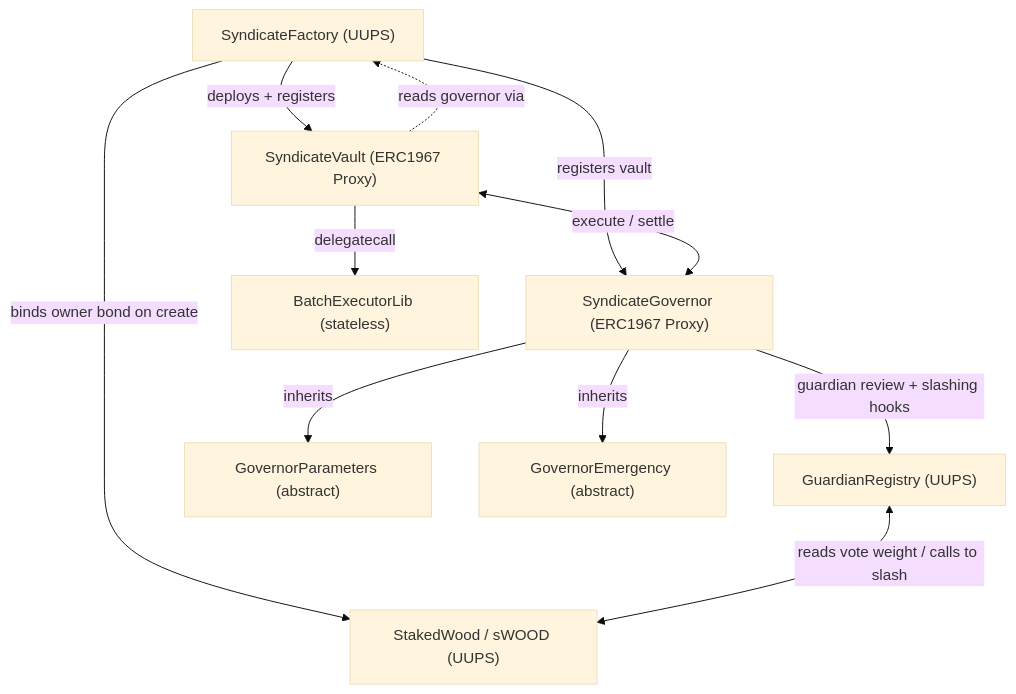
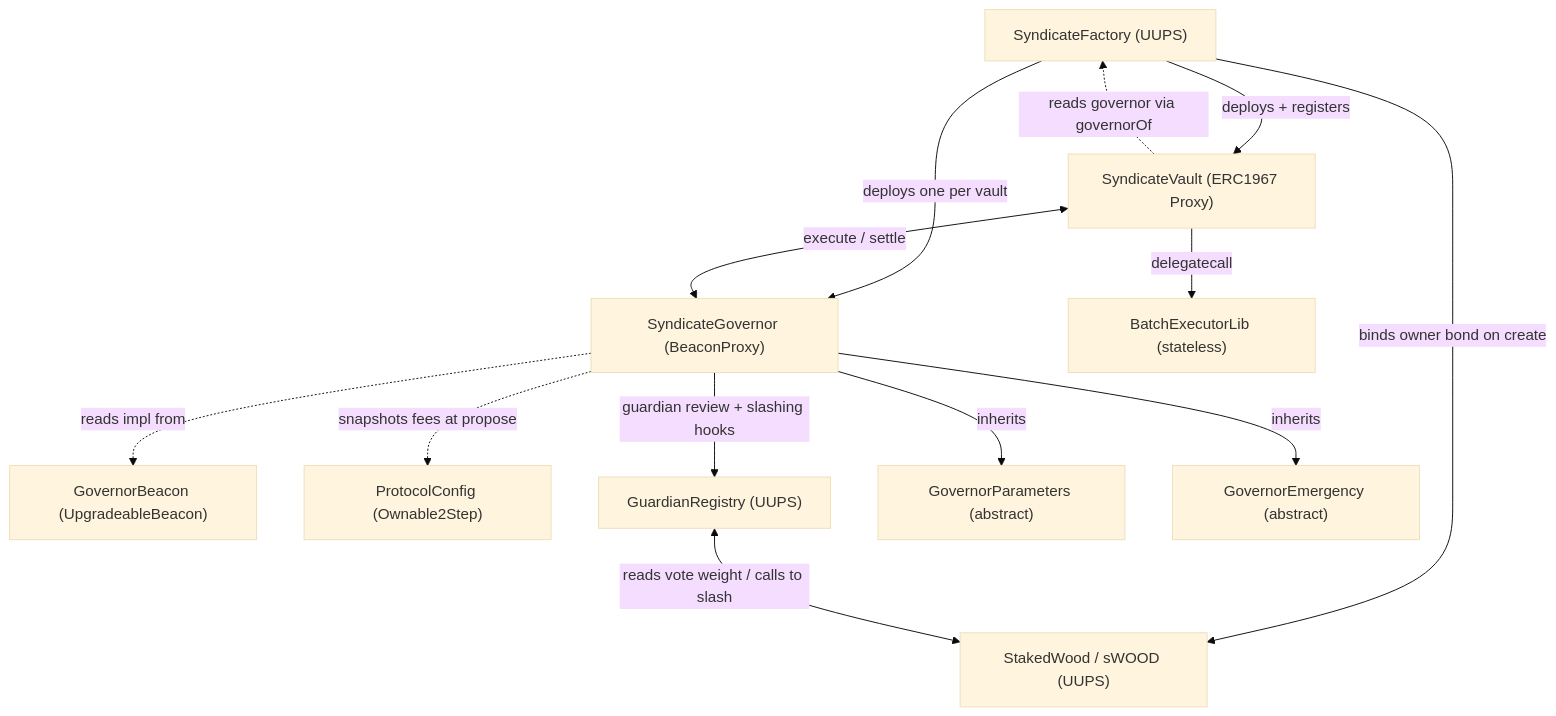
The diagram in protocol/architecture.mdx (sherwoodagent/mintlify-docs), drawn with Mermaid (base theme) before and after one commit. The commit also changed other lines of this file and 9 other files, not shown here.

First line of the commit message:
docs: sync to PR #421 per-vault governor architecture

````diff
--- a/protocol/architecture.mdx
+++ b/protocol/architecture.mdx
@@ -11,13 +11,15 @@
 ```mermaid
 graph TD
     F["SyndicateFactory (UUPS)"] -->|deploys + registers| V["SyndicateVault (ERC1967 Proxy)"]
-    F -->|registers vault| G["SyndicateGovernor (ERC1967 Proxy)"]
+    F -->|deploys one per vault| G["SyndicateGovernor (BeaconProxy)"]
     F -->|binds owner bond on create| SW["StakedWood / sWOOD (UUPS)"]
+    G -.->|reads impl from| GB["GovernorBeacon (UpgradeableBeacon)"]
+    G -.->|snapshots fees at propose| PC["ProtocolConfig (Ownable2Step)"]
     G -->|guardian review + slashing hooks| R["GuardianRegistry (UUPS)"]
     R <-->|reads vote weight / calls to slash| SW
     V <-->|execute / settle| G
     V -->|delegatecall| B["BatchExecutorLib (stateless)"]
     G -->|inherits| P["GovernorParameters (abstract)"]
     G -->|inherits| E["GovernorEmergency (abstract)"]
-    V -.->|reads governor via| F
+    V -.->|reads governor via governorOf| F
 ```
````
